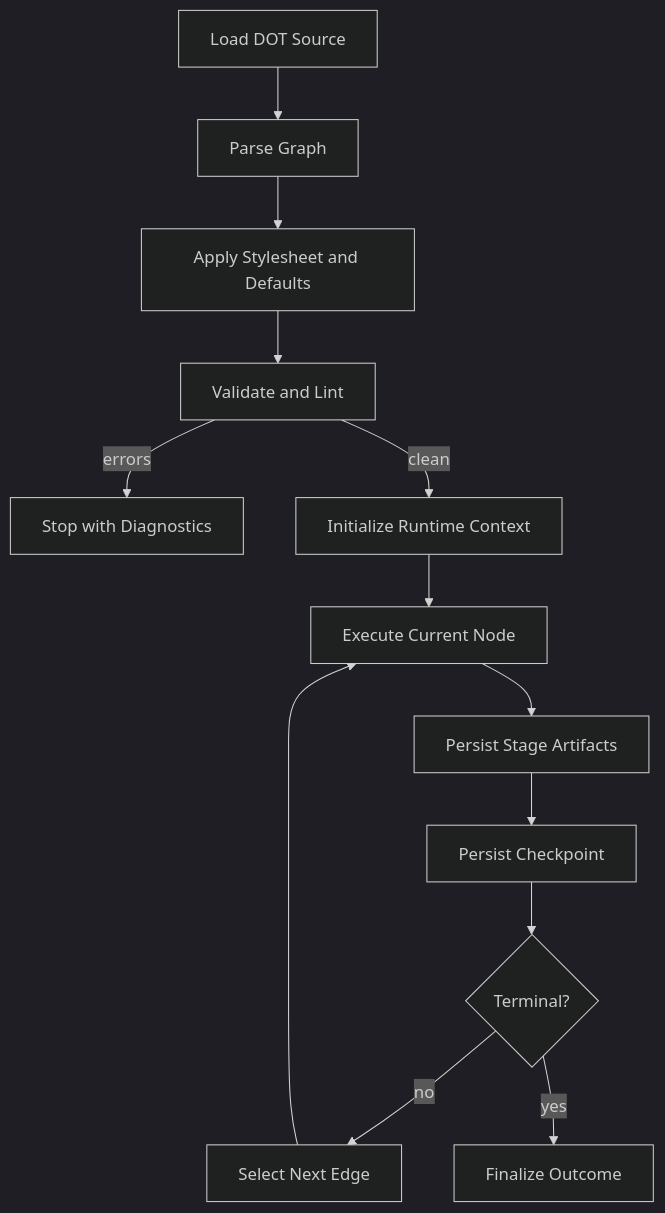
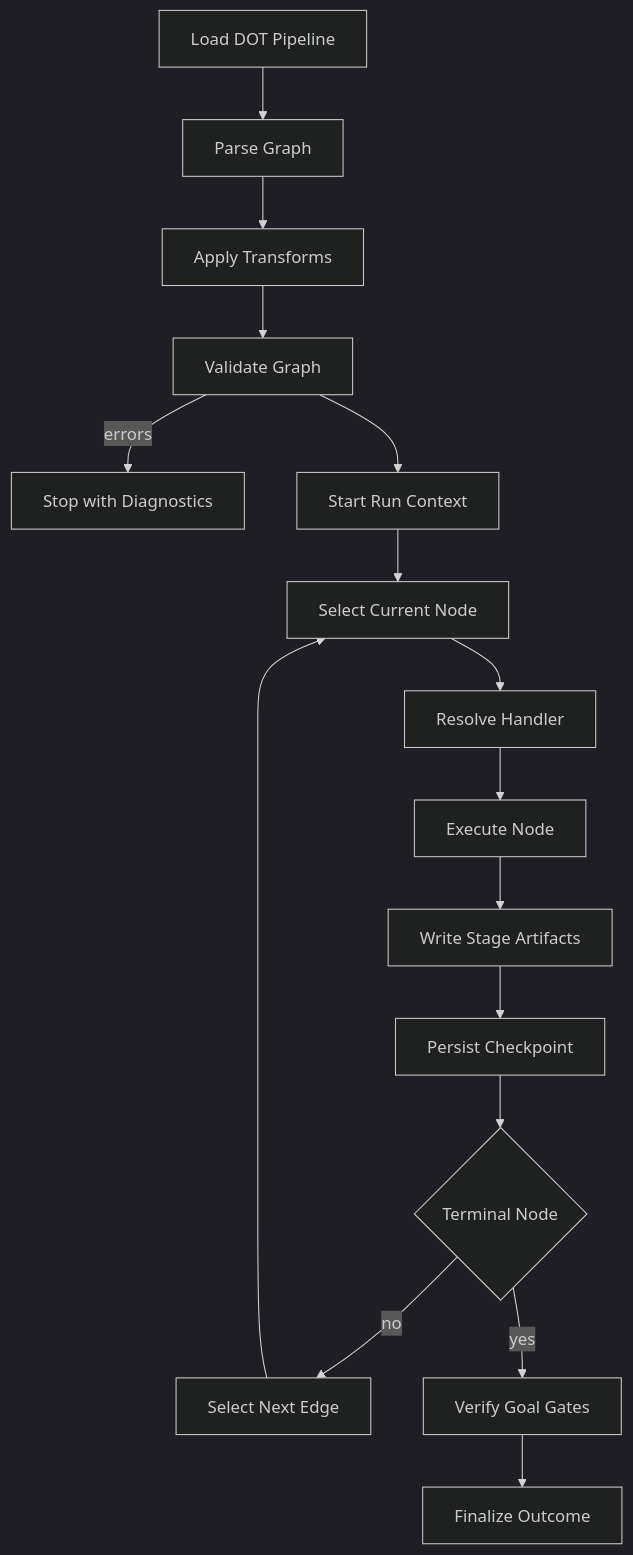
Before and after one commit to jaytaylor/attractor-php: the third of 5 diagrams in docs/sprints/SPRINT-001-comprehensive-implementation-plan.md, drawn with Mermaid (dark theme). The commit also changed other lines of this file, not shown here.

````diff
--- a/docs/sprints/SPRINT-001-comprehensive-implementation-plan.md
+++ b/docs/sprints/SPRINT-001-comprehensive-implementation-plan.md
@@ -582,15 +698,18 @@
 ```mermaid
 flowchart TD
-  A[Load DOT Source] --> B[Parse Graph]
-  B --> C[Apply Stylesheet and Defaults]
-  C --> D[Validate and Lint]
-  D -->|errors| E[Stop with Diagnostics]
-  D -->|clean| F[Initialize Runtime Context]
-  F --> G[Execute Current Node]
-  G --> H[Persist Stage Artifacts]
-  H --> I[Persist Checkpoint]
-  I --> J{Terminal?}
-  J -->|no| K[Select Next Edge]
-  K --> G
-  J -->|yes| L[Finalize Outcome]
+    A[Load DOT Pipeline] --> B[Parse Graph]
+    B --> C[Apply Transforms]
+    C --> D[Validate Graph]
+    D -->|errors| X[Stop with Diagnostics]
+    D --> E[Start Run Context]
+    E --> F[Select Current Node]
+    F --> G[Resolve Handler]
+    G --> H[Execute Node]
+    H --> I[Write Stage Artifacts]
+    I --> J[Persist Checkpoint]
+    J --> K{Terminal Node}
+    K -->|no| L[Select Next Edge]
+    L --> F
+    K -->|yes| M[Verify Goal Gates]
+    M --> N[Finalize Outcome]
 ```
````
